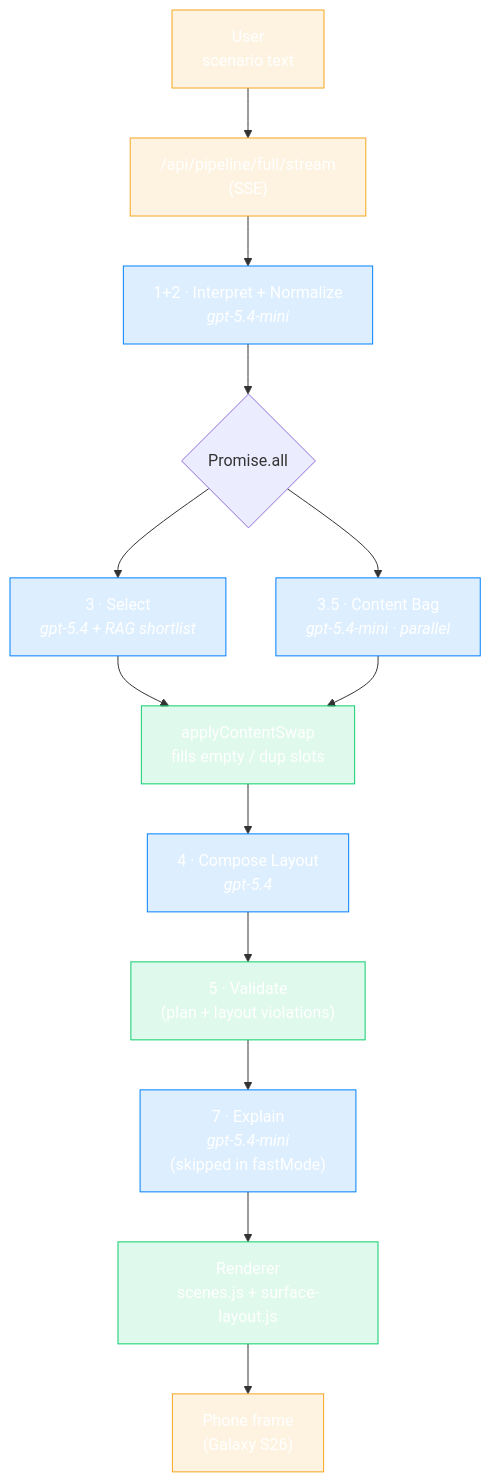
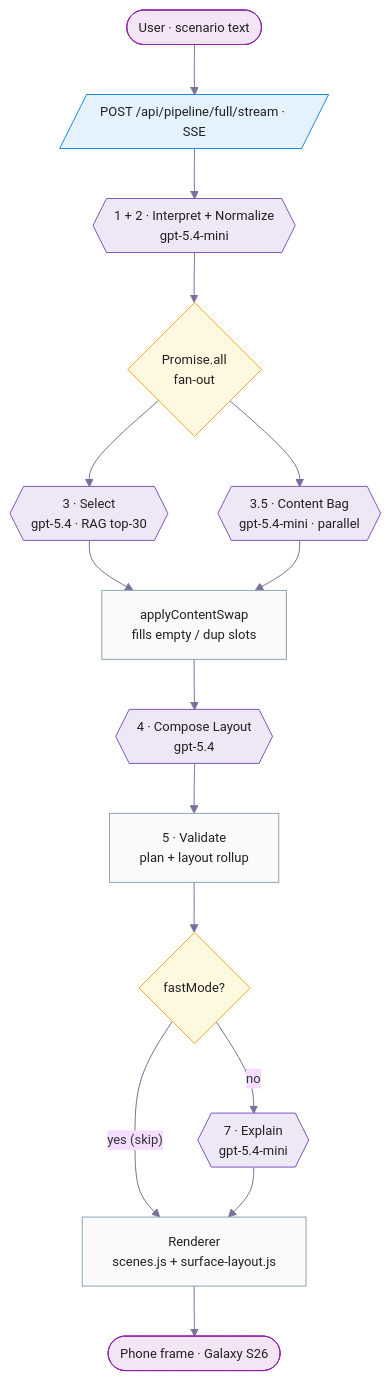
One commit to hj0325/samsung-GenUI changed the second of 8 diagrams in README.md. Above: the diagram before and after it, drawn with Mermaid. The commit also changed other lines of this file, not shown here.

First line of the commit message:
Restyle README diagrams to FigJam Diagram-Basics design language

````diff
--- a/README.md
+++ b/README.md
@@ -14,22 +59,49 @@
 ```mermaid
+%%{init: {'theme':'base', 'themeVariables': {
+  'fontFamily':'ui-sans-serif, system-ui, sans-serif',
+  'fontSize':'13px',
+  'lineColor':'#7C6F9C'
+}}}%%
 flowchart TD
-  user["User<br/>scenario text"] --> stream["/api/pipeline/full/stream<br/>(SSE)"]
-  stream --> s1["1+2 · Interpret + Normalize<br/><i>gpt-5.4-mini</i>"]
-  s1 --> par{"Promise.all"}
-  par --> s3["3 · Select<br/><i>gpt-5.4 + RAG shortlist</i>"]
-  par --> s35["3.5 · Content Bag<br/><i>gpt-5.4-mini · parallel</i>"]
-  s3 --> swap["applyContentSwap<br/>fills empty / dup slots"]
+  user([User · scenario text]):::start
+  stream[/POST /api/pipeline/full/stream · SSE/]:::io
+  user --> stream
+
+  s1{{1 + 2 · Interpret + Normalize<br/>gpt-5.4-mini}}:::llm
+  stream --> s1
+
+  fork{Promise.all<br/>fan-out}:::dec
+  s1 --> fork
+
+  s3{{3 · Select<br/>gpt-5.4 · RAG top-30}}:::llm
+  s35{{3.5 · Content Bag<br/>gpt-5.4-mini · parallel}}:::llm
+  fork --> s3
+  fork --> s35
+
+  swap[applyContentSwap<br/>fills empty / dup slots]:::proc
+  s3 --> swap
   s35 --> swap
-  swap --> s4["4 · Compose Layout<br/><i>gpt-5.4</i>"]
-  s4 --> s5["5 · Validate<br/>(plan + layout violations)"]
-  s5 --> s7["7 · Explain<br/><i>gpt-5.4-mini</i><br/>(skipped in fastMode)"]
-  s7 --> render["Renderer<br/>scenes.js + surface-layout.js"]
-  render --> canvas["Phone frame<br/>(Galaxy S26)"]
 
-  classDef llm fill:#0381FE22,stroke:#0381FE,color:#fff
-  classDef proc fill:#0FCF6E22,stroke:#0FCF6E,color:#fff
-  classDef io fill:#F5A62322,stroke:#F5A623,color:#fff
-  class s1,s3,s35,s4,s7 llm
-  class swap,s5,render proc
-  class user,stream,canvas io
+  s4{{4 · Compose Layout<br/>gpt-5.4}}:::llm
+  swap --> s4
+
+  s5[5 · Validate<br/>plan + layout rollup]:::proc
+  s4 --> s5
+
+  fast{fastMode?}:::dec
+  s5 --> fast
+  s7{{7 · Explain<br/>gpt-5.4-mini}}:::llm
+  fast -- "no" --> s7
+  fast -- "yes (skip)" --> render
+
+  render[Renderer<br/>scenes.js + surface-layout.js]:::proc
+  s7 --> render
+  canvas([Phone frame · Galaxy S26]):::start
+  render --> canvas
+
+  classDef start fill:#F3E5F5,stroke:#8E24AA,color:#212121
+  classDef proc  fill:#FAFAFA,stroke:#90A4AE,color:#212121
+  classDef dec   fill:#FFF8E1,stroke:#F9A825,color:#212121
+  classDef io    fill:#E3F2FD,stroke:#1E88E5,color:#212121
+  classDef llm   fill:#EDE7F6,stroke:#7E57C2,color:#212121
 ```
````
